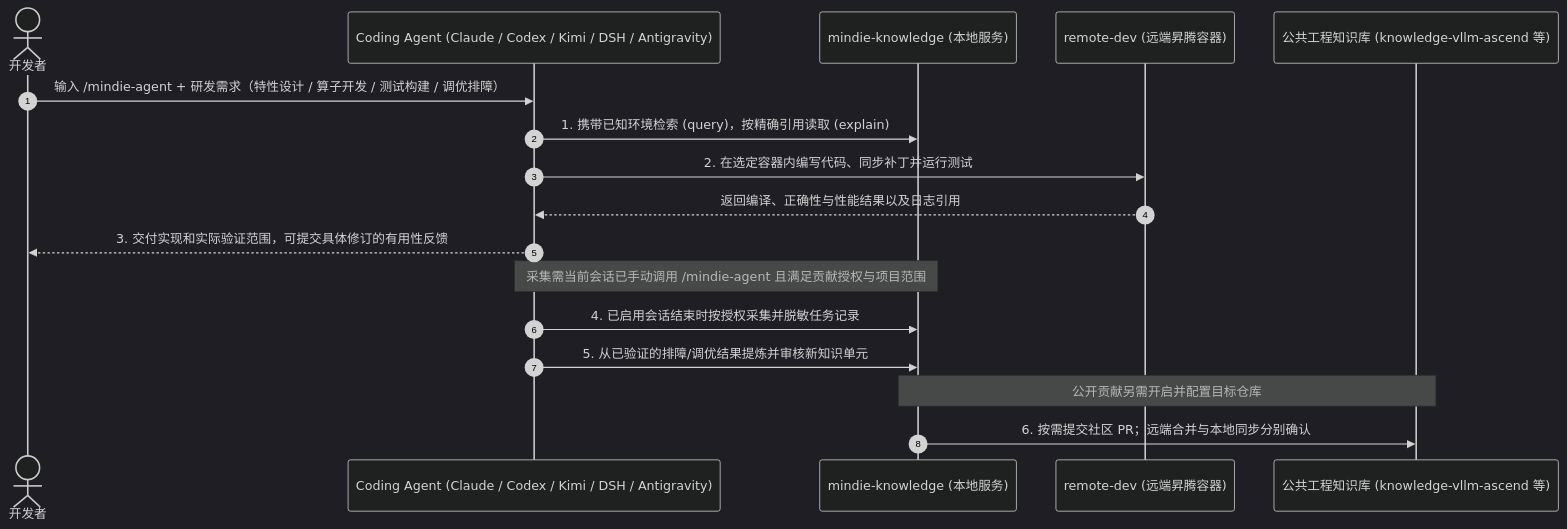
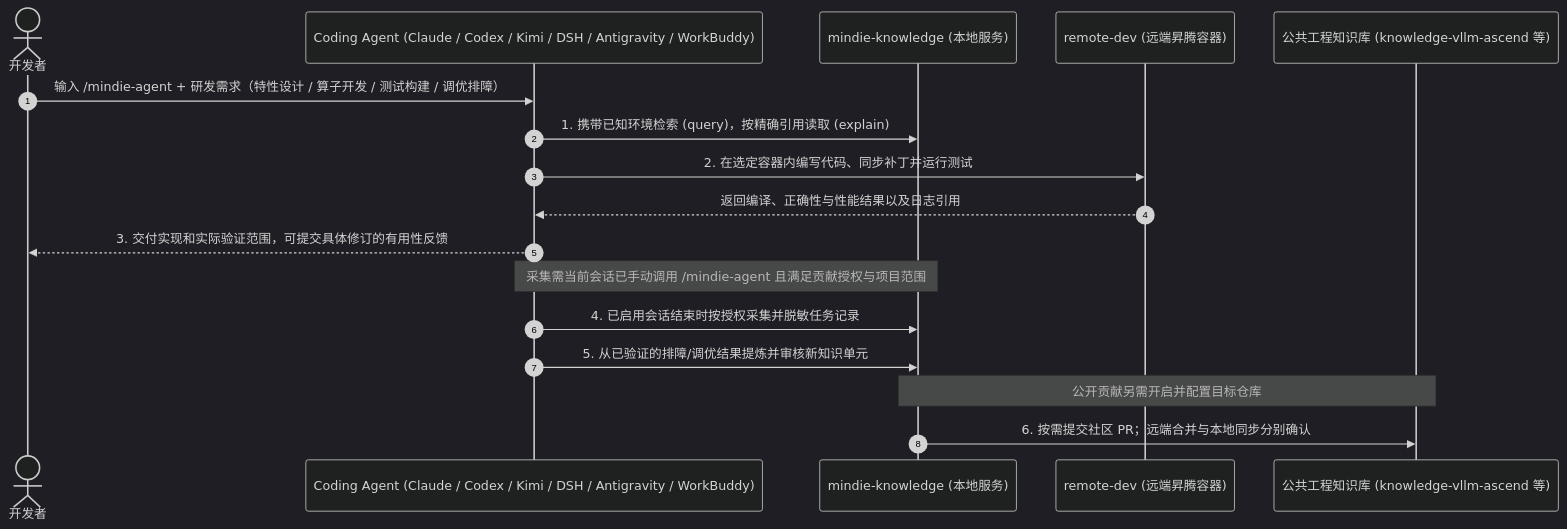
The second of 2 diagrams in README.md (mindie-agent/mindie-agent), drawn with Mermaid (dark theme) before and after one commit. The commit also changed other lines of this file and 20 other files, not shown here.

Commit message:
release: mindie-agent v0.1.7 (Tencent WorkBuddy plugin, mindie-debugger, sim v0.9.2, and 9-corpus sync)

````diff
--- a/README.md
+++ b/README.md
@@ -240,20 +255,20 @@
 ```mermaid
 sequenceDiagram
   autonumber
   actor Dev as 开发者
-  participant Agent as Coding Agent (Claude / Codex / Kimi / DSH / Antigravity)
+  participant Agent as Coding Agent (Claude / Codex / Kimi / DSH / Antigravity / WorkBuddy)
   participant Know as mindie-knowledge (本地服务)
   participant NPU as remote-dev (远端昇腾容器)
   participant Repo as 公共工程知识库 (knowledge-vllm-ascend 等)
 
   Dev->>Agent: 输入 /mindie-agent + 研发需求（特性设计 / 算子开发 / 测试构建 / 调优排障）
   Agent->>Know: 1. 携带已知环境检索 (query)，按精确引用读取 (explain)
   Agent->>NPU: 2. 在选定容器内编写代码、同步补丁并运行测试
   NPU-->>Agent: 返回编译、正确性与性能结果以及日志引用
   Agent-->>Dev: 3. 交付实现和实际验证范围，可提交具体修订的有用性反馈
   Note over Agent,Know: 采集需当前会话已手动调用 /mindie-agent 且满足贡献授权与项目范围
   Agent->>Know: 4. 已启用会话结束时按授权采集并脱敏任务记录
   Agent->>Know: 5. 从已验证的排障/调优结果提炼并审核新知识单元
   Note over Know,Repo: 公开贡献另需开启并配置目标仓库
   Know->>Repo: 6. 按需提交社区 PR；远端合并与本地同步分别确认
 ```
````
